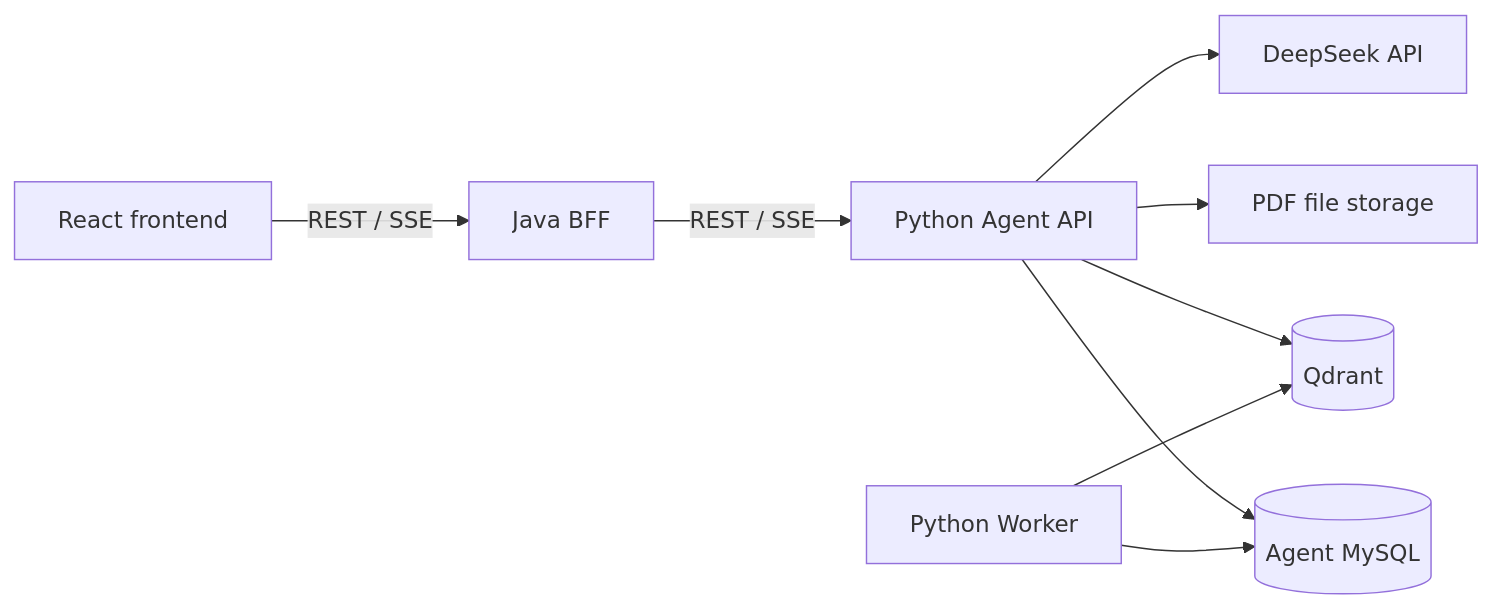
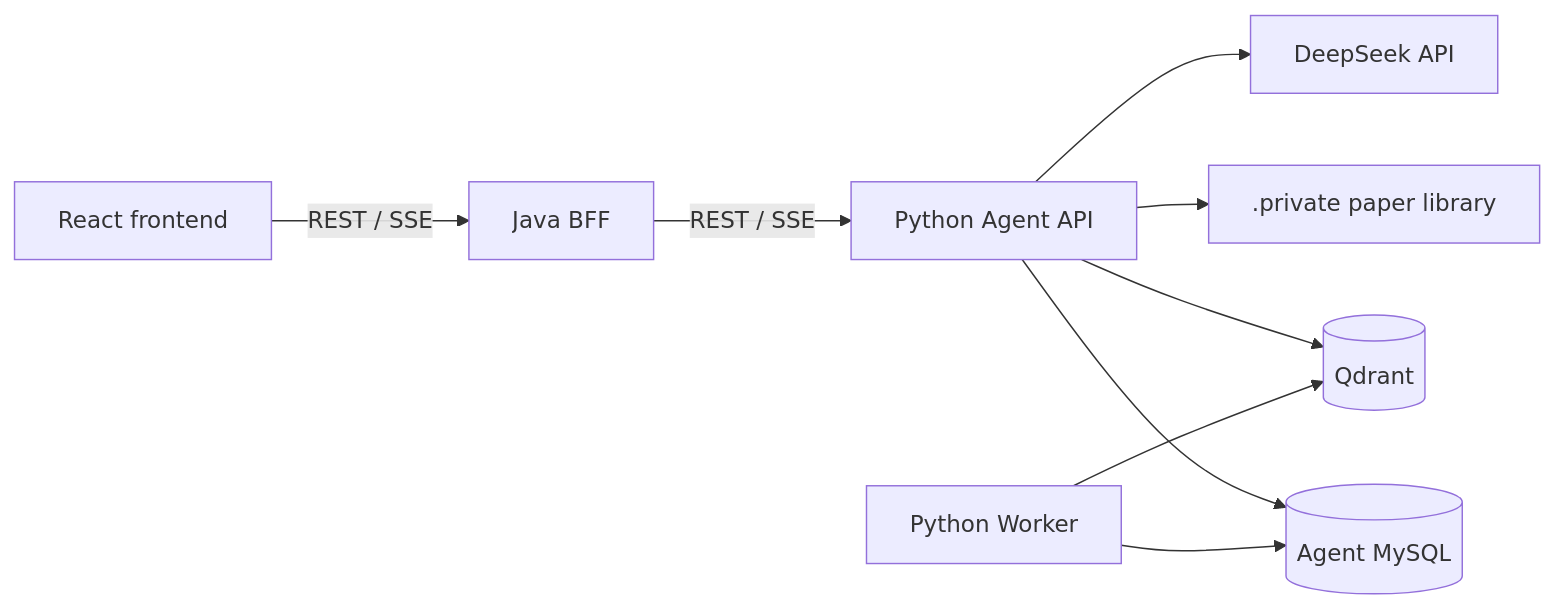
The diagram in docs/architecture.md (Liumy1212/ScholarAgent), drawn with Mermaid before and after one commit. The commit also changed other lines of this file and 16 other files, not shown here.

Commit message:
Define local paper library contracts

````diff
--- a/docs/architecture.md
+++ b/docs/architecture.md
@@ -25,11 +25,11 @@
 ```mermaid
 flowchart LR
     React[React frontend] -->|REST / SSE| Java[Java BFF]
     Java -->|REST / SSE| Agent[Python Agent API]
     Agent --> MySQL[(Agent MySQL)]
-    Agent --> Files[PDF file storage]
+    Agent --> Files[.private paper library]
     Agent --> Qdrant[(Qdrant)]
     Agent --> DeepSeek[DeepSeek API]
     Worker[Python Worker] --> MySQL
     Worker --> Qdrant
 ```
````
